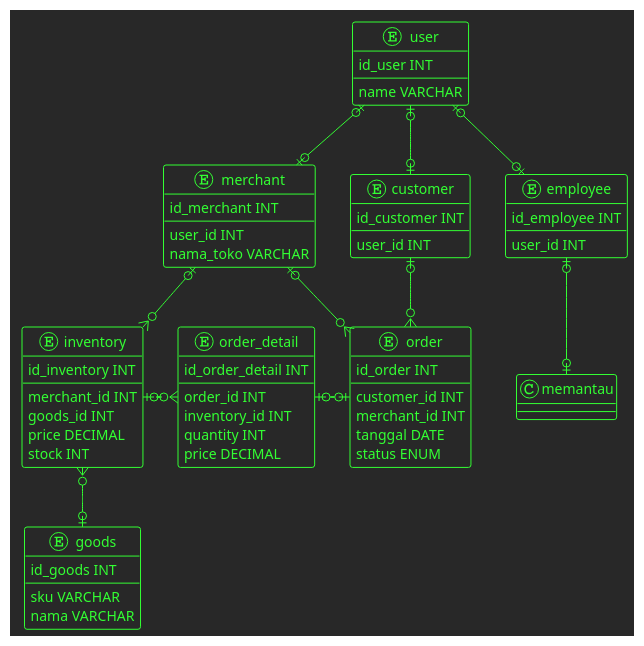
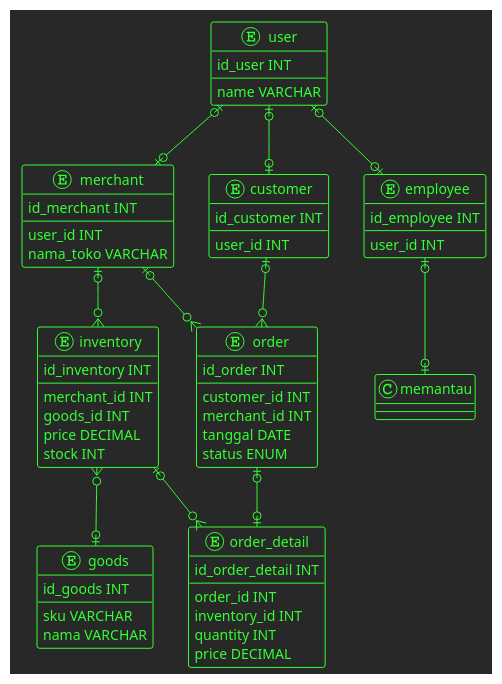
Before and after one commit to kaattuu/abucom_erd: the diagram in abucom_erd.puml, drawn with PlantUML. The commit also changed 19 other files, not shown here.

```diff
--- a/abucom_erd.puml
+++ b/abucom_erd.puml
@@ -1,84 +1,88 @@
 @startuml
 !theme crt-green
 ' !theme crt-amber
 
 entity user {
     id_user INT
     --
     name VARCHAR
 }
 
 entity merchant {
     id_merchant INT
     --
     user_id INT
     nama_toko VARCHAR
 }
 
 entity customer {
     id_customer INT
     --
     user_id INT
 }
 
 entity employee {
     id_employee INT
     --
     user_id INT
 }
 
 entity inventory {
     id_inventory INT
     --
     merchant_id INT
     goods_id INT
     price DECIMAL
     stock INT
 }
 
 entity order {
     id_order INT
     --
     customer_id INT
     merchant_id INT
     tanggal DATE
     status ENUM
 }
 
 entity order_detail {
     id_order_detail INT
     --
     order_id INT
     inventory_id INT
     quantity INT
     price DECIMAL
 }
 
 entity goods {
     id_goods INT
     --
     sku VARCHAR
     nama VARCHAR
 }
 
 
 
 
 user |o--o| merchant
 user |o--o| customer
 user |o--o| employee
 
 
 merchant |o--o{ inventory
 merchant |o--o{ order
+
 customer |o--o{ order
+
 employee |o--o| memantau
 
-inventory |o-o{ order_detail
+order |o--o| order_detail
+
+inventory |o--o{ order_detail
 inventory }o--o| goods
 
-order_detail |o-o| order
+
 
 
 
 @enduml
```
